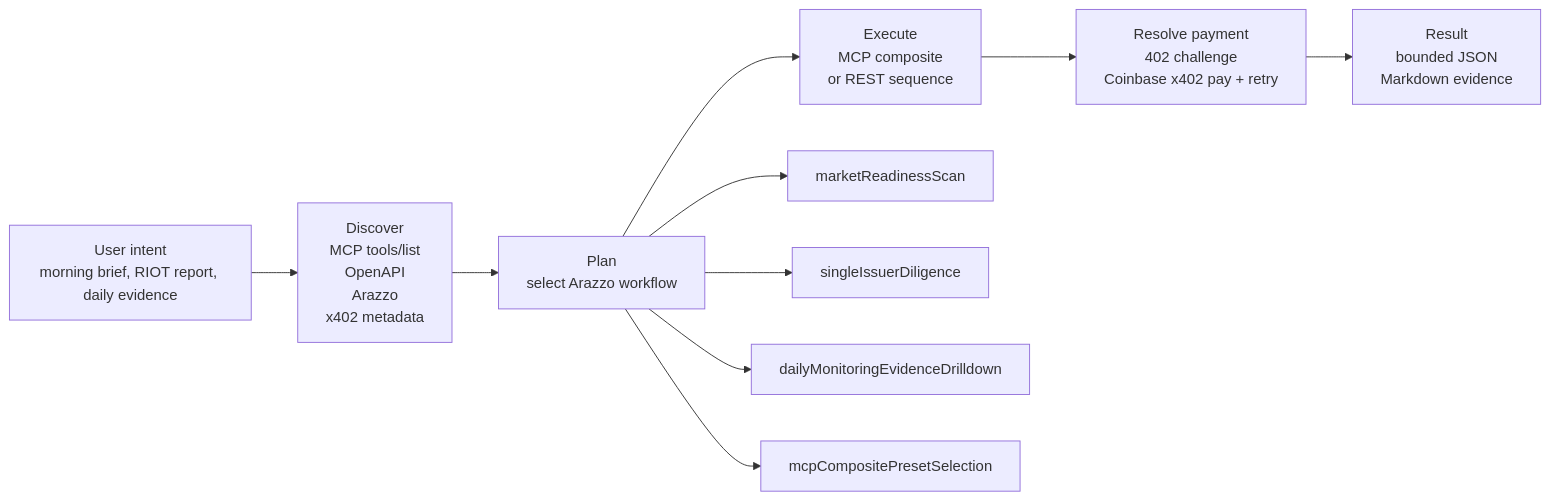
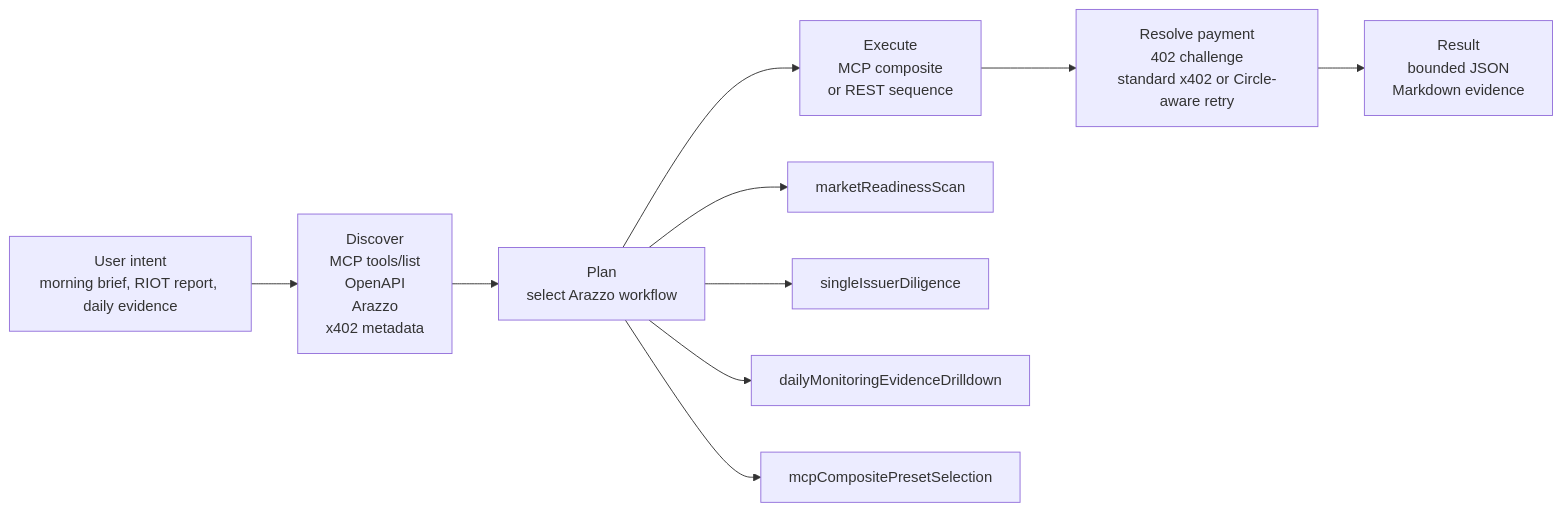
The diagram in README.md (aitrailblazer/deltasignal-atlas-codex-plugin), drawn with Mermaid before and after one commit. The commit also changed other lines of this file and 2 other files, not shown here.

Commit message:
Improve Circle Agent Marketplace public positioning

````diff
--- a/README.md
+++ b/README.md
@@ -50,15 +54,15 @@
 ```mermaid
 flowchart LR
   Intent["User intent<br/>morning brief, RIOT report, daily evidence"]
   Discover["Discover<br/>MCP tools/list<br/>OpenAPI<br/>Arazzo<br/>x402 metadata"]
   Plan["Plan<br/>select Arazzo workflow"]
   Execute["Execute<br/>MCP composite<br/>or REST sequence"]
-  Pay["Resolve payment<br/>402 challenge<br/>Coinbase x402 pay + retry"]
+  Pay["Resolve payment<br/>402 challenge<br/>standard x402 or Circle-aware retry"]
   Result["Result<br/>bounded JSON<br/>Markdown evidence"]
 
   Intent --> Discover --> Plan --> Execute --> Pay --> Result
   Plan --> W1["marketReadinessScan"]
   Plan --> W2["singleIssuerDiligence"]
   Plan --> W3["dailyMonitoringEvidenceDrilldown"]
   Plan --> W4["mcpCompositePresetSelection"]
 ```
````
